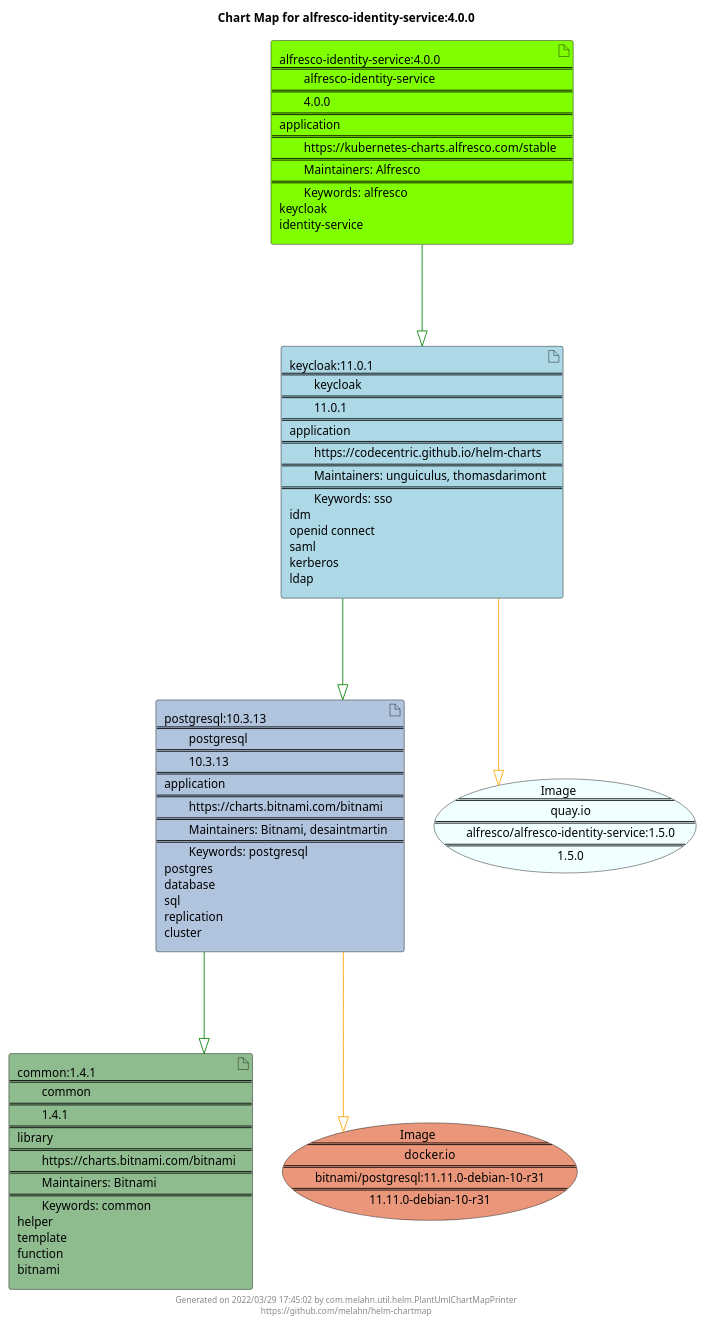
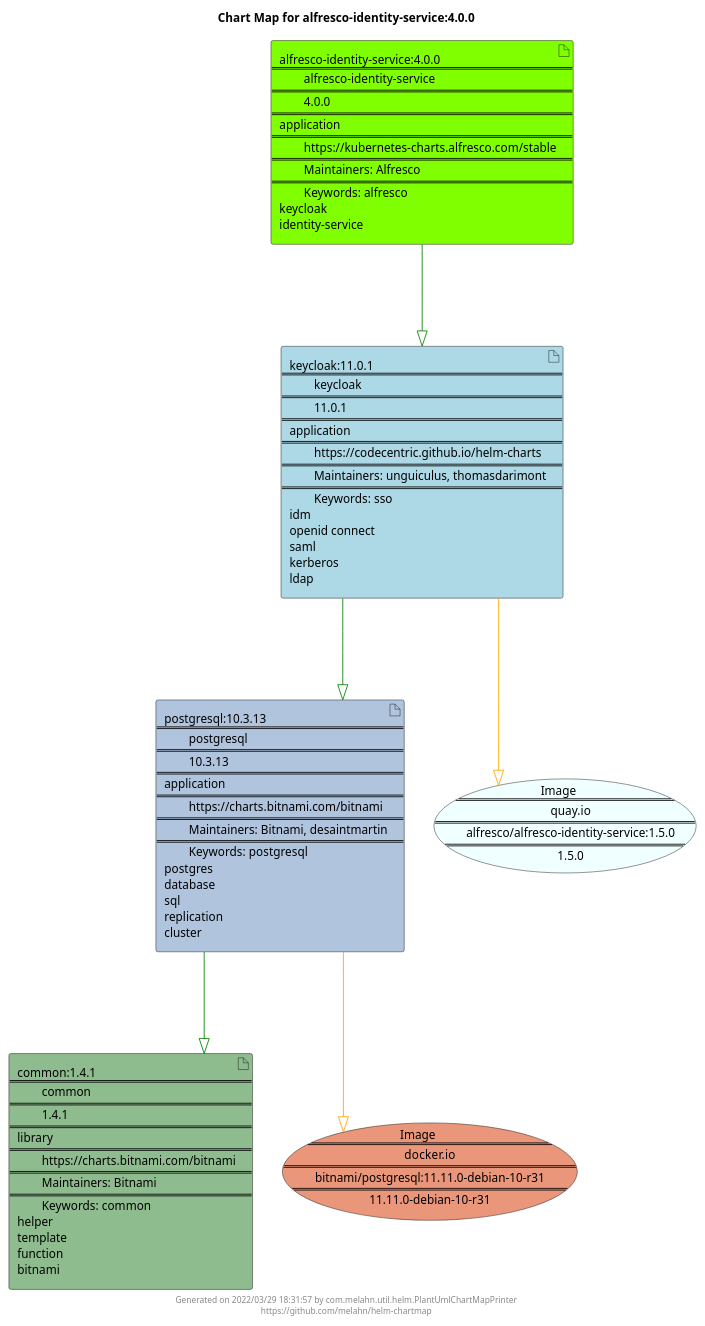
One commit to melahn/helm-chartmap changed the diagram in docs/alfresco-identity-service/alfresco-identity-service-4.0.0.puml. Above: the diagram before and after it, drawn with PlantUML. The commit also changed 51 other files, not shown here.

Commit message:
Update Example Chart Maps as part of GitHub build

```diff
--- a/docs/alfresco-identity-service/alfresco-identity-service-4.0.0.puml
+++ b/docs/alfresco-identity-service/alfresco-identity-service-4.0.0.puml
@@ -1,29 +1,29 @@
 @startuml
 skinparam linetype ortho
 skinparam backgroundColor white
 skinparam usecaseBorderColor black
 skinparam usecaseArrowColor LightSlateGray
 skinparam artifactBorderColor black
 skinparam artifactArrowColor LightSlateGray
 
 title Chart Map for alfresco-identity-service:4.0.0
 
 'There are 4 referenced Helm Charts
 artifact "common:1.4.1\n====\n\tcommon\n====\n\t1.4.1\n====\nlibrary\n====\n\thttps://charts.bitnami.com/bitnami\n====\n\tMaintainers: Bitnami\n====\n\tKeywords: common\nhelper\ntemplate\nfunction\nbitnami" as common_1_4_1 #DarkSeaGreen
 artifact "alfresco-identity-service:4.0.0\n====\n\talfresco-identity-service\n====\n\t4.0.0\n====\napplication\n====\n\thttps://kubernetes-charts.alfresco.com/stable\n====\n\tMaintainers: Alfresco\n====\n\tKeywords: alfresco\nkeycloak\nidentity-service" as alfresco_identity_service_4_0_0 #Chartreuse
 artifact "postgresql:10.3.13\n====\n\tpostgresql\n====\n\t10.3.13\n====\napplication\n====\n\thttps://charts.bitnami.com/bitnami\n====\n\tMaintainers: Bitnami, desaintmartin\n====\n\tKeywords: postgresql\npostgres\ndatabase\nsql\nreplication\ncluster" as postgresql_10_3_13 #LightSteelBlue
 artifact "keycloak:11.0.1\n====\n\tkeycloak\n====\n\t11.0.1\n====\napplication\n====\n\thttps://codecentric.github.io/helm-charts\n====\n\tMaintainers: unguiculus, thomasdarimont\n====\n\tKeywords: sso\nidm\nopenid connect\nsaml\nkerberos\nldap" as keycloak_11_0_1 #LightBlue
 
 'There are 2 referenced Docker Images
 usecase "Image\n====\n\tquay.io\n====\n\talfresco/alfresco-identity-service:1.5.0\n====\n\t1.5.0" as quay_io_alfresco_alfresco_identity_service_1_5_0 #Azure
 usecase "Image\n====\n\tdocker.io\n====\n\tbitnami/postgresql:11.11.0-debian-10-r31\n====\n\t11.11.0-debian-10-r31" as docker_io_bitnami_postgresql_11_11_0_debian_10_r31 #DarkSalmon
 
 'Chart Dependencies
 alfresco_identity_service_4_0_0--[#green]-|>keycloak_11_0_1
 keycloak_11_0_1--[#green]-|>postgresql_10_3_13
 postgresql_10_3_13--[#green]-|>common_1_4_1
 postgresql_10_3_13--[#orange]-|>docker_io_bitnami_postgresql_11_11_0_debian_10_r31
 keycloak_11_0_1--[#orange]-|>quay_io_alfresco_alfresco_identity_service_1_5_0
 
-center footer Generated on 2022/03/29 17:45:02 by com.melahn.util.helm.PlantUmlChartMapPrinter\nhttps://github.com/melahn/helm-chartmap
+center footer Generated on 2022/03/29 18:31:57 by com.melahn.util.helm.PlantUmlChartMapPrinter\nhttps://github.com/melahn/helm-chartmap
 @enduml
```
